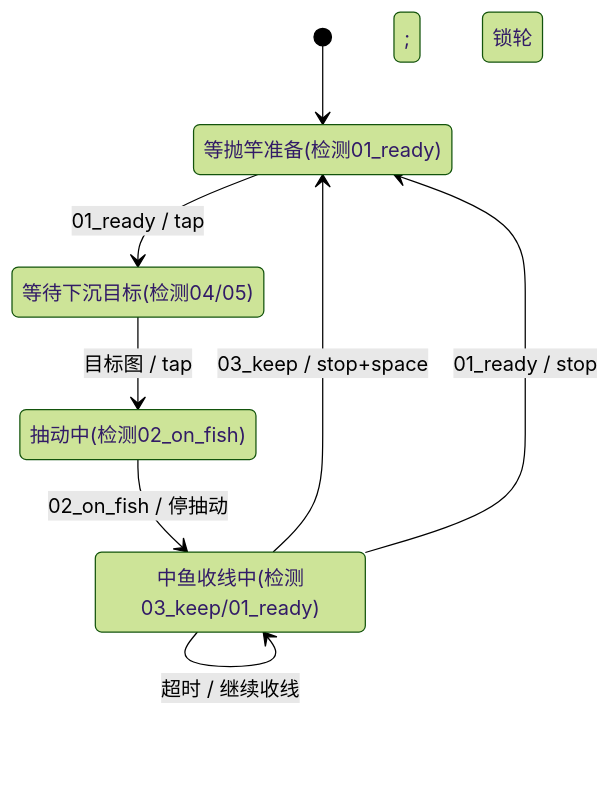
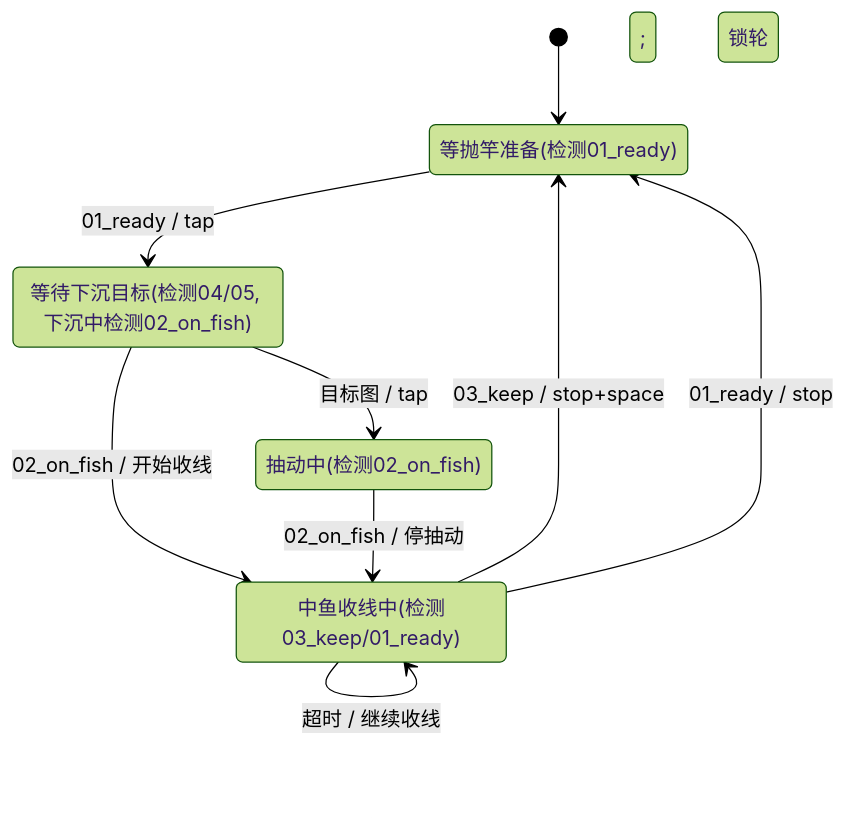
The diagram in docs/examples/04_rf4/README.md (Ts-sound/GameMacroAutomation), drawn with Mermaid (forest theme) before and after one commit. The commit also changed other lines of this file and 2 other files, not shown here.

````diff
--- a/docs/examples/04_rf4/README.md
+++ b/docs/examples/04_rf4/README.md
@@ -35,15 +36,16 @@
 ```mermaid
 stateDiagram-v2
     [*] --> WAIT_READY
     WAIT_READY: 等抛竿准备(检测01_ready)
-    WAIT_SINK: 等待下沉目标(检测04/05)
+    WAIT_SINK: 等待下沉目标(检测04/05, 下沉中检测02_on_fish)
     JIGGING: 抽动中(检测02_on_fish)
     REELING_FISH: 中鱼收线中(检测03_keep/01_ready)
 
     WAIT_READY --> WAIT_SINK: 01_ready / tap ;
+    WAIT_SINK --> REELING_FISH: 02_on_fish / 开始收线
     WAIT_SINK --> JIGGING: 目标图 / tap ; 锁轮
     JIGGING --> REELING_FISH: 02_on_fish / 停抽动
     REELING_FISH --> WAIT_READY: 03_keep / stop+space
     REELING_FISH --> WAIT_READY: 01_ready / stop
     REELING_FISH --> REELING_FISH: 超时 / 继续收线
 ```
````
